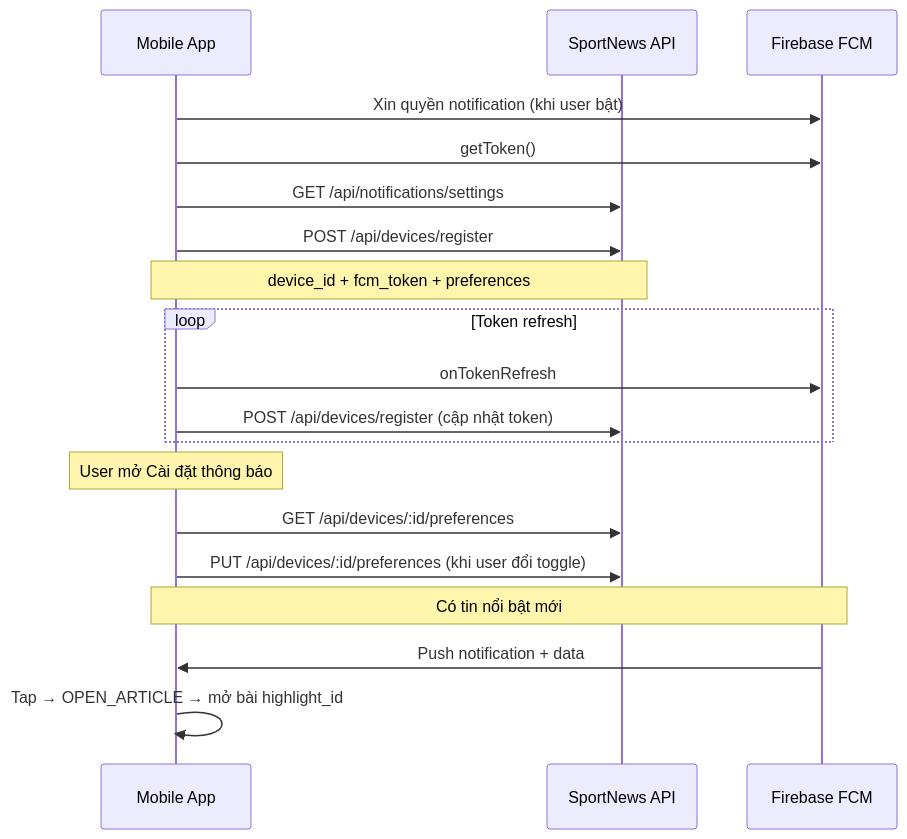
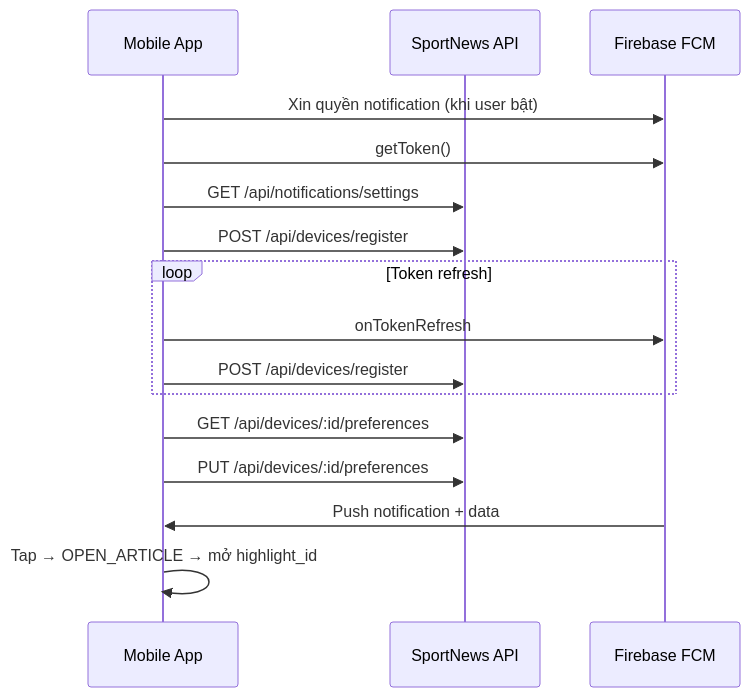
Before and after one commit to TuanVuuuu/vn-sport-news: the diagram in docs/firebase/fcm-mobile-guide.md, drawn with Mermaid. The commit also changed other lines of this file and 4 other files, not shown here.

````diff
--- a/docs/firebase/fcm-mobile-guide.md
+++ b/docs/firebase/fcm-mobile-guide.md
@@ -376,25 +226,22 @@
 ```mermaid
 sequenceDiagram
     participant App as Mobile App
     participant API as SportNews API
     participant FCM as Firebase FCM
 
     App->>FCM: Xin quyền notification (khi user bật)
     App->>FCM: getToken()
     App->>API: GET /api/notifications/settings
     App->>API: POST /api/devices/register
-    Note over App,API: device_id + fcm_token + preferences
 
     loop Token refresh
         App->>FCM: onTokenRefresh
-        App->>API: POST /api/devices/register (cập nhật token)
+        App->>API: POST /api/devices/register
     end
 
-    Note over App: User mở Cài đặt thông báo
     App->>API: GET /api/devices/:id/preferences
-    App->>API: PUT /api/devices/:id/preferences (khi user đổi toggle)
+    App->>API: PUT /api/devices/:id/preferences
 
-    Note over FCM,App: Có tin nổi bật mới
     FCM->>App: Push notification + data
-    App->>App: Tap → OPEN_ARTICLE → mở bài highlight_id
+    App->>App: Tap → OPEN_ARTICLE → mở highlight_id
 ```
````
